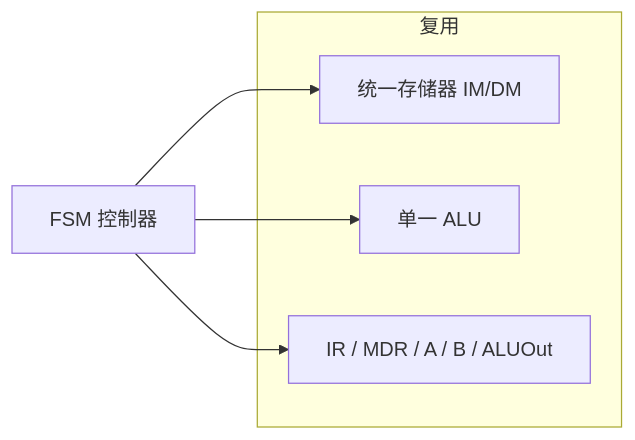
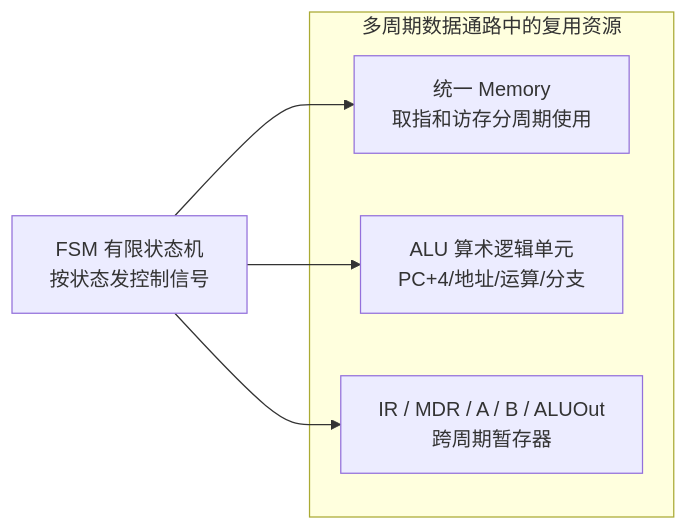
Before and after one commit to SummerS-tars/jizu-course-guides: the fifth of 7 diagrams in guides/计组-Week4-6-学习指南.md, drawn with Mermaid. The commit also changed other lines of this file, not shown here.

````diff
--- a/guides/计组-Week4-6-学习指南.md
+++ b/guides/计组-Week4-6-学习指南.md
@@ -183,11 +359,11 @@
 ```mermaid
 flowchart LR
-    subgraph 复用
-        MEM[统一存储器 IM/DM]
-        ALU[单一 ALU]
-        REG[IR / MDR / A / B / ALUOut]
+    subgraph Datapath["多周期数据通路中的复用资源"]
+        MEM["统一 Memory<br/>取指和访存分周期使用"]
+        ALU["ALU 算术逻辑单元<br/>PC+4/地址/运算/分支"]
+        REG["IR / MDR / A / B / ALUOut<br/>跨周期暂存器"]
     end
-    FSM[FSM 控制器] --> MEM
+    FSM["FSM 有限状态机<br/>按状态发控制信号"] --> MEM
     FSM --> ALU
     FSM --> REG
 ```
````
